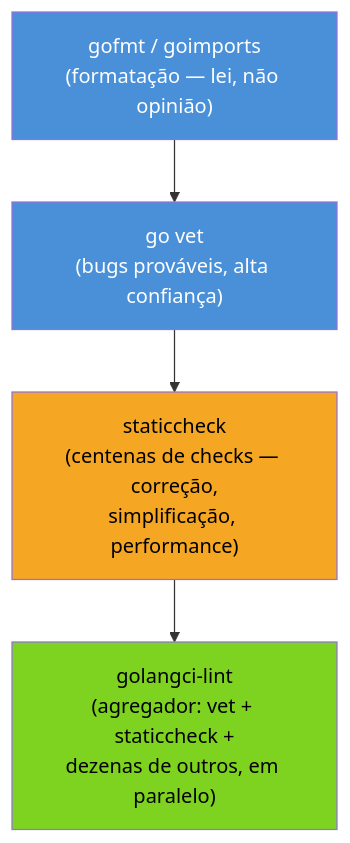
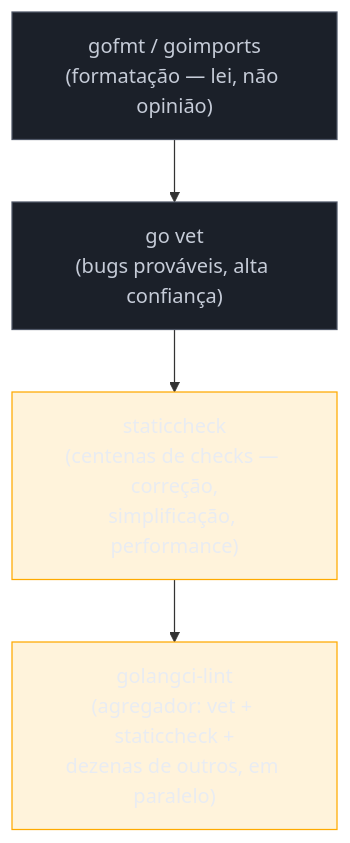
One commit to josenaldo/codex-technomanticus changed the first of 2 diagrams in 03-Dominios/Tecnologia/Go/20 - Go idiomático/05 - go vet, golangci-lint e ferramentas.md. Above: the diagram before and after it, drawn with Mermaid. The commit also changed 1181 other files, not shown here.

First line of the commit message:
fix(diagramas): paleta do sistema no lugar de cor cravada no markdown

````diff
--- a/03-Dominios/Tecnologia/Go/20 - Go idiomático/05 - go vet, golangci-lint e ferramentas.md
+++ b/03-Dominios/Tecnologia/Go/20 - Go idiomático/05 - go vet, golangci-lint e ferramentas.md
@@ -33,11 +33,13 @@
 ```mermaid
 flowchart TB
+    classDef neutro fill:#1B2029,stroke:#4E5666,color:#C6CCD8
+    classDef destaque fill:#FFAA0024,stroke:#FFAA00,color:#E9ECF2
     A["gofmt / goimports<br/>(formatação — lei, não opinião)"] --> B["go vet<br/>(bugs prováveis, alta confiança)"]
     B --> C["staticcheck<br/>(centenas de checks — correção,<br/>simplificação, performance)"]
     C --> D["golangci-lint<br/>(agregador: vet + staticcheck +<br/>dezenas de outros, em paralelo)"]
 
-    style A fill:#4A90D9,color:#fff
-    style B fill:#4A90D9,color:#fff
-    style C fill:#F5A623,color:#000
-    style D fill:#7ED321,color:#000
+    class A neutro
+    class B neutro
+    class C destaque
+    class D destaque
 ```
````
